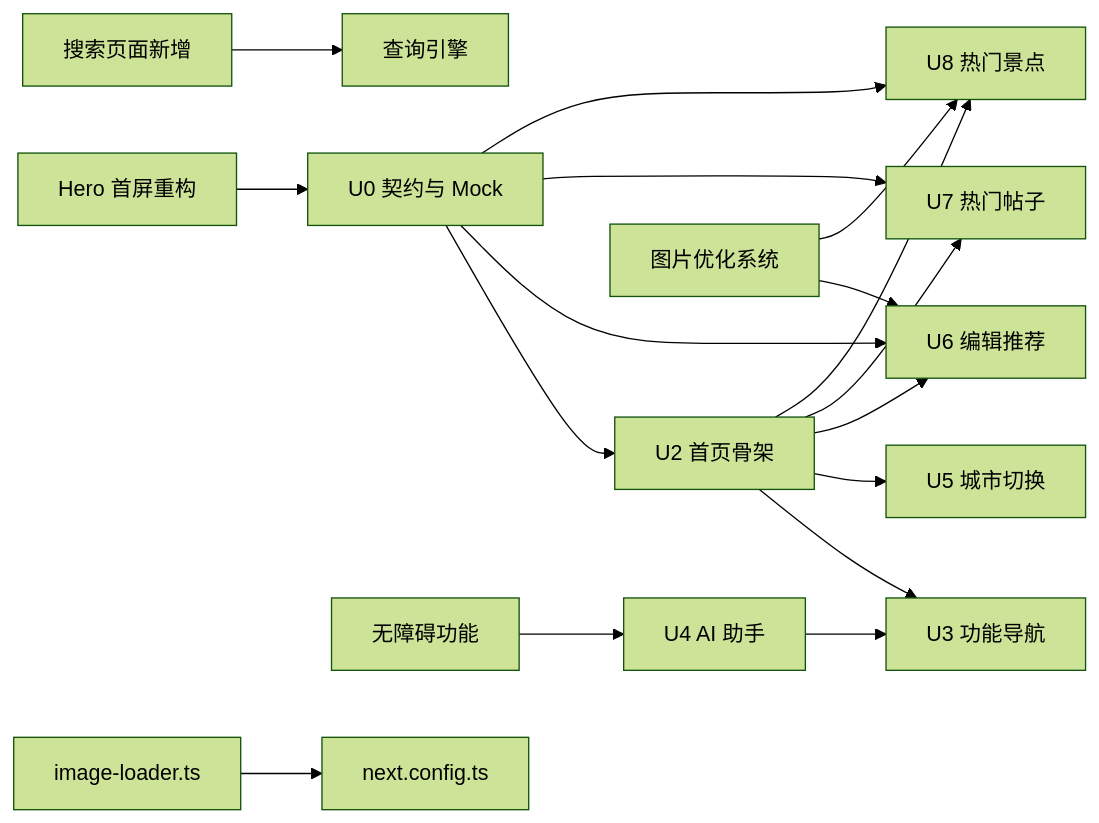
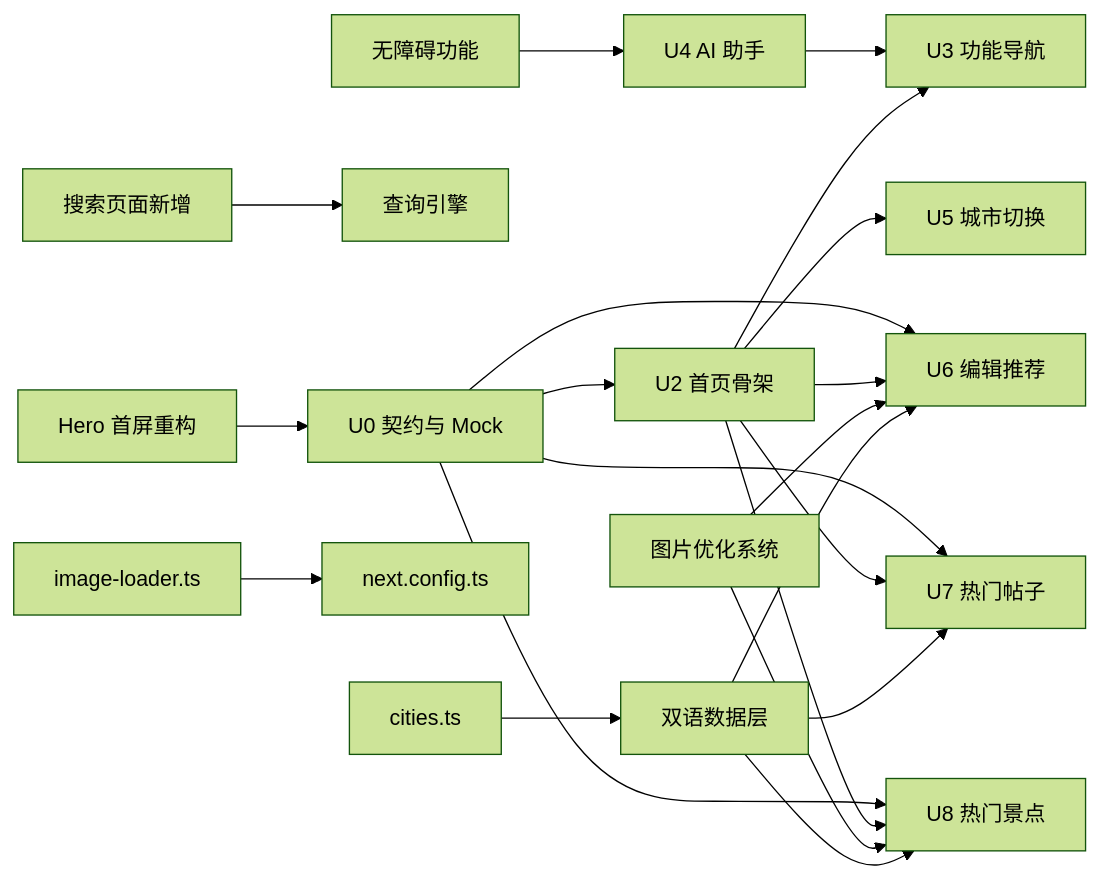
One commit to luyitiger6/my-first-project changed diagram 13 of 13 in .qoder/repowiki/zh/content/规格驱动开发/WanderChain 首页规格文档/WanderChain 首页规格文档.md. Above: the diagram before and after it, drawn with Mermaid (forest theme). The commit also changed other lines of this file and 33 other files, not shown here.

````diff
--- a/.qoder/repowiki/zh/content/规格驱动开发/WanderChain 首页规格文档/WanderChain 首页规格文档.md
+++ b/.qoder/repowiki/zh/content/规格驱动开发/WanderChain 首页规格文档/WanderChain 首页规格文档.md
@@ -539,19 +519,23 @@
 ```mermaid
 graph LR
 U0["U0 契约与 Mock"] --> U2["U2 首页骨架"]
 U0 --> U6["U6 编辑推荐"]
 U0 --> U7["U7 热门帖子"]
 U0 --> U8["U8 热门景点"]
 U4["U4 AI 助手"] --> U3["U3 功能导航"]
 U2 --> U3
 U2 --> U5["U5 城市切换"]
 U2 --> U6
 U2 --> U7
 U2 --> U8
 Hero["Hero 首屏重构"] --> U0
 Search["搜索页面新增"] --> Query["查询引擎"]
 Accessibility["无障碍功能"] --> U4
 ImageOpt["图片优化系统"] --> U6
 ImageOpt --> U8
 Loader["image-loader.ts"] --> Config["next.config.ts"]
+Bilingual["双语数据层"] --> U6
+Bilingual --> U7
+Bilingual --> U8
+Cities["cities.ts"] --> Bilingual
 ```
````
